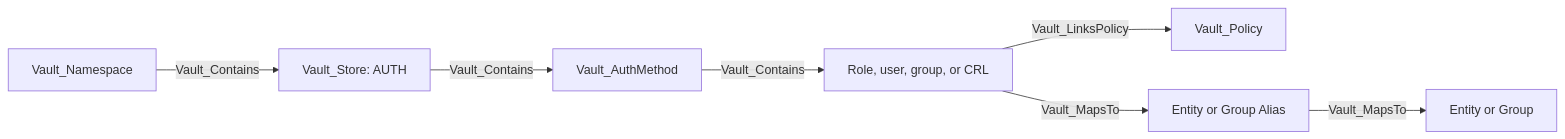
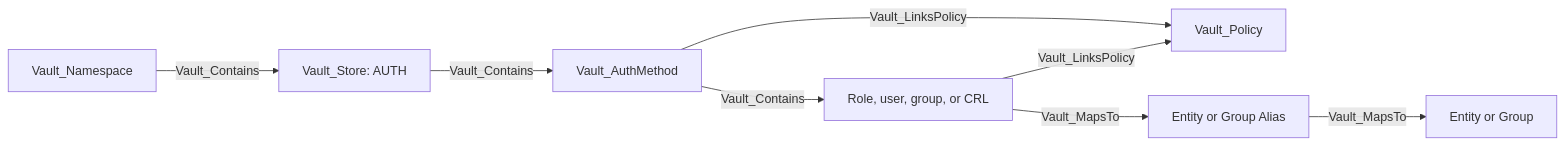
One commit to bytewreck/opengraph-vault changed the first of 38 diagrams in Documentation/stores/AUTH.md. Above: the diagram before and after it, drawn with Mermaid. The commit also changed other lines of this file and 12 other files, not shown here.

````diff
--- a/Documentation/stores/AUTH.md
+++ b/Documentation/stores/AUTH.md
@@ -9,9 +9,10 @@
 ```mermaid
 flowchart LR
     namespace[Vault_Namespace] -->|Vault_Contains| store[Vault_Store: AUTH]
     store -->|Vault_Contains| method[Vault_AuthMethod]
     method -->|Vault_Contains| object[Role, user, group, or CRL]
+    method -->|Vault_LinksPolicy| policy[Vault_Policy]
     object -->|Vault_LinksPolicy| policy[Vault_Policy]
     object -->|Vault_MapsTo| alias[Entity or Group Alias]
     alias -->|Vault_MapsTo| identity[Entity or Group]
 ```
````
